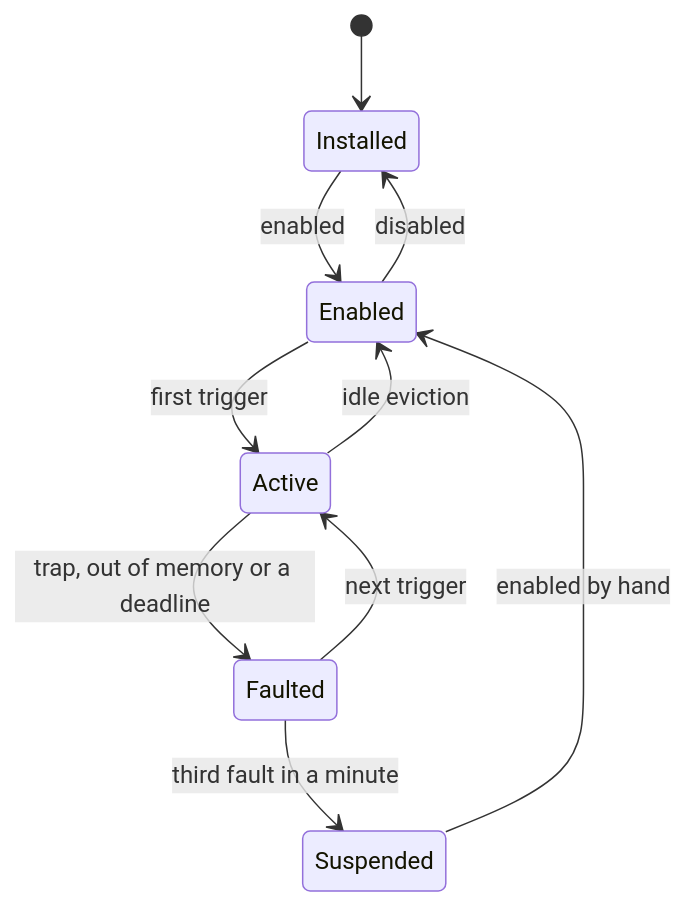
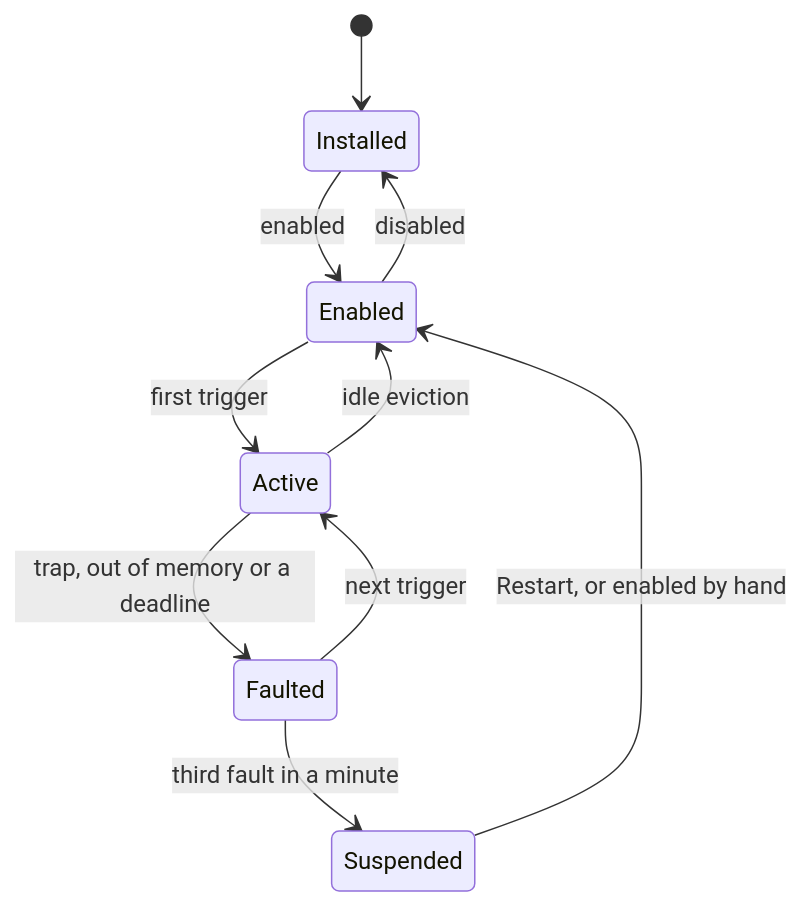
The diagram in docs/plugins/README.md (yapfast/yapfast), drawn with Mermaid before and after one commit. The commit also changed other lines of this file and 21 other files, not shown here.

````diff
--- a/docs/plugins/README.md
+++ b/docs/plugins/README.md
@@ -41,12 +41,12 @@
 ```mermaid
 stateDiagram-v2
     [*] --> Installed
     Installed --> Enabled: enabled
     Enabled --> Installed: disabled
     Enabled --> Active: first trigger
     Active --> Enabled: idle eviction
     Active --> Faulted: trap, out of memory or a deadline
     Faulted --> Active: next trigger
     Faulted --> Suspended: third fault in a minute
-    Suspended --> Enabled: enabled by hand
+    Suspended --> Enabled: Restart, or enabled by hand
 ```
````
